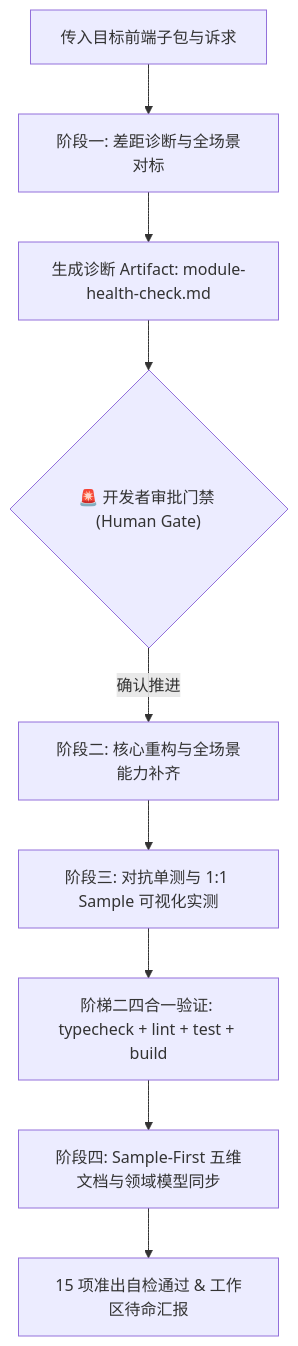
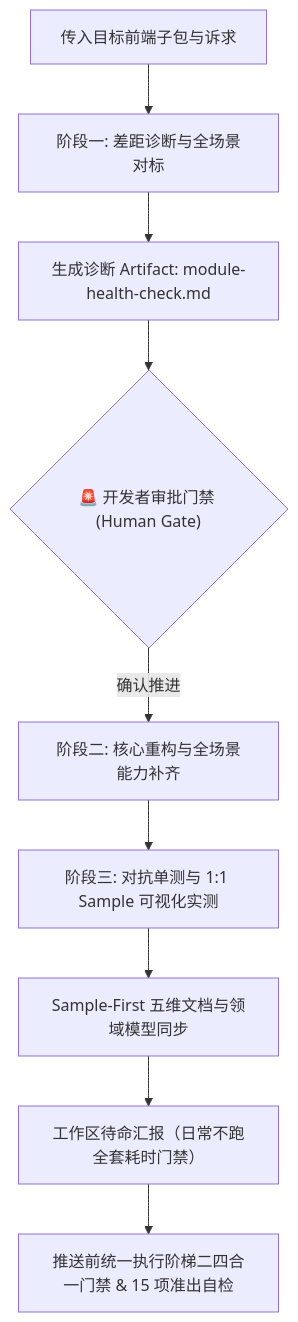
Before and after one commit to atengk/ateng-ui: the diagram in docs/agents/module-hardening-and-expansion.md, drawn with Mermaid. The commit also changed other lines of this file and 4 other files, not shown here.

````diff
--- a/docs/agents/module-hardening-and-expansion.md
+++ b/docs/agents/module-hardening-and-expansion.md
@@ -23,11 +23,11 @@
 ```mermaid
 flowchart TD
     A["传入目标前端子包与诉求"] --> B["阶段一: 差距诊断与全场景对标"]
     B --> C["生成诊断 Artifact: module-health-check.md"]
     C --> D{"🚨 开发者审批门禁 (Human Gate)"}
     D -- "确认推进" --> E["阶段二: 核心重构与全场景能力补齐"]
     E --> F["阶段三: 对抗单测与 1:1 Sample 可视化实测"]
-    F --> G["阶梯二四合一验证: typecheck + lint + test + build"]
-    G --> H["阶段四: Sample-First 五维文档与领域模型同步"]
-    H --> I["15 项准出自检通过 & 工作区待命汇报"]
+    F --> G["Sample-First 五维文档与领域模型同步"]
+    G --> H["工作区待命汇报（日常不跑全套耗时门禁）"]
+    H --> I["推送前统一执行阶梯二四合一门禁 & 15 项准出自检"]
 ```
````
